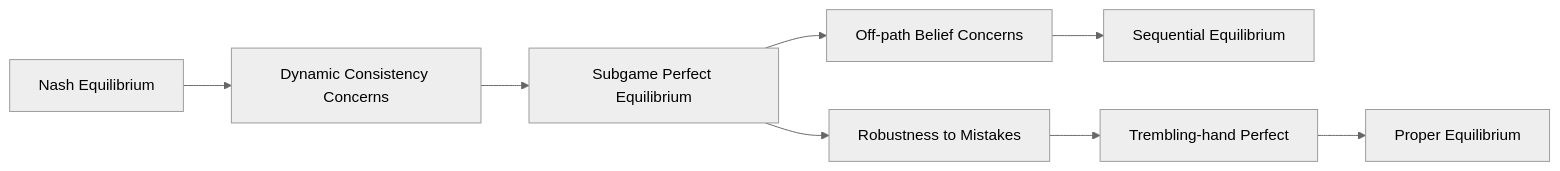
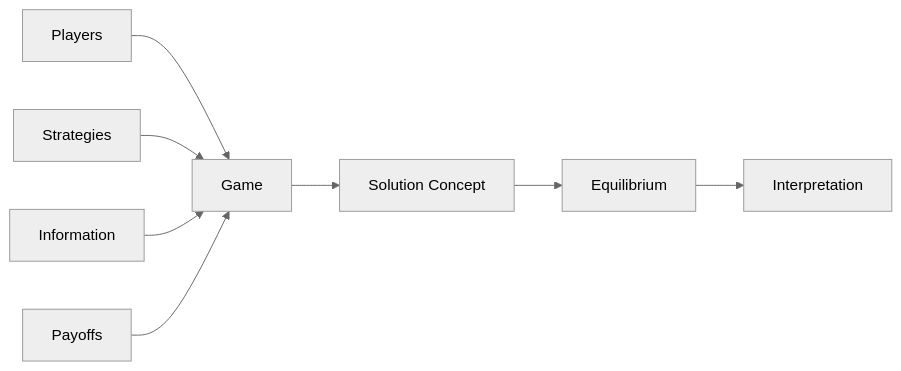
Before and after one commit to Sorenqwer/my-notes-site: the second of 2 diagrams in notes/index.qmd, drawn with Mermaid (neutral theme). The commit also changed other lines of this file and 155 other files, not shown here.

````diff
--- a/notes/index.qmd
+++ b/notes/index.qmd
@@ -33,10 +141,10 @@
 ```{mermaid}
 flowchart LR
-    A[Nash Equilibrium] --> B[Dynamic Consistency Concerns]
-    B --> C[Subgame Perfect Equilibrium]
-    C --> D[Off-path Belief Concerns]
-    D --> E[Sequential Equilibrium]
-    C --> F[Robustness to Mistakes]
-    F --> G[Trembling-hand Perfect]
-    G --> H[Proper Equilibrium]
+    A[Players] --> E[Game]
+    B[Strategies] --> E
+    C[Information] --> E
+    D[Payoffs] --> E
+    E --> F[Solution Concept]
+    F --> G[Equilibrium]
+    G --> H[Interpretation]
 ```
````
